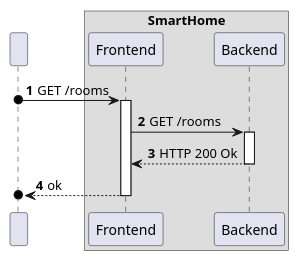
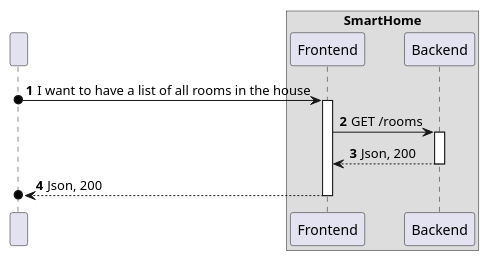
Before and after one commit to olivDiogo/SmartHome: the diagram in docs/ooa/C4_4plus1_models/Level2/ProcessView/ProcessViewLevel2_UC21.puml, drawn with PlantUML. The commit also changed 7 other files, not shown here.

```diff
--- a/docs/ooa/C4_4plus1_models/Level2/ProcessView/ProcessViewLevel2_UC21.puml
+++ b/docs/ooa/C4_4plus1_models/Level2/ProcessView/ProcessViewLevel2_UC21.puml
@@ -1,28 +1,28 @@
 @startuml
 'https://plantuml.com/sequence-diagram
 !pragma layout smetana
 
 autonumber
 
 participant " " as User
 
 
 box "SmartHome"
     participant "Frontend" as FE
     participant "Backend" as SV
 end box
 
-User o-> FE : GET /rooms
+User o-> FE : I want to have a list of all rooms in the house
 activate FE
 
 FE -> SV : GET /rooms
 activate SV
 
-SV --> FE : HTTP 200 Ok
+SV --> FE : Json, 200
 deactivate SV
 
-FE -->o User : ok
+FE -->o User : Json, 200
 deactivate FE
 
 
 @enduml
```
